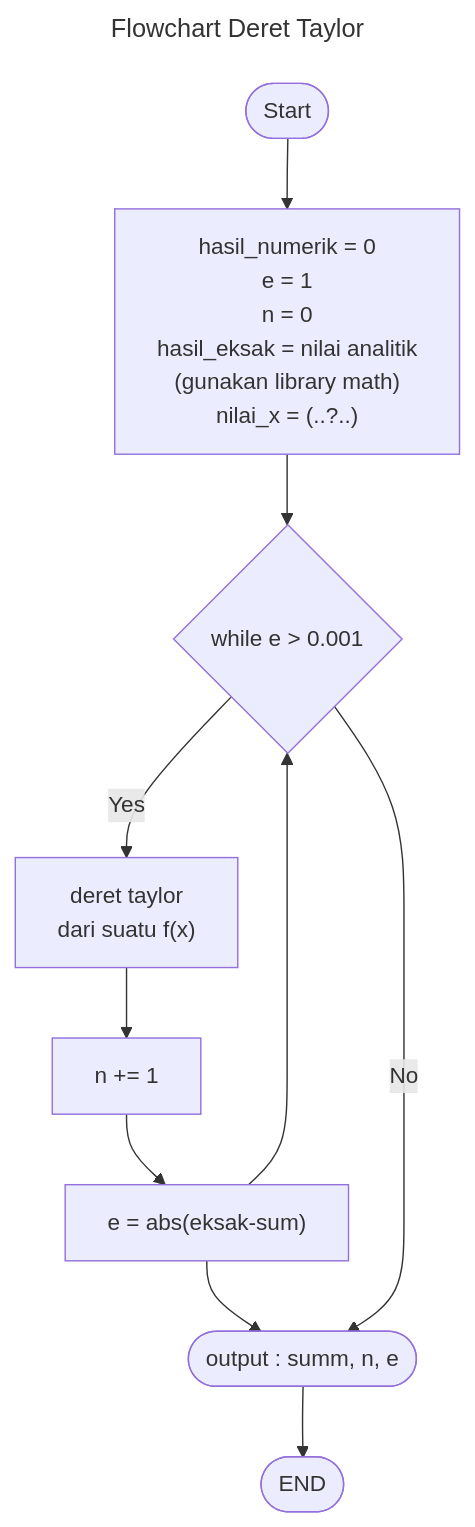
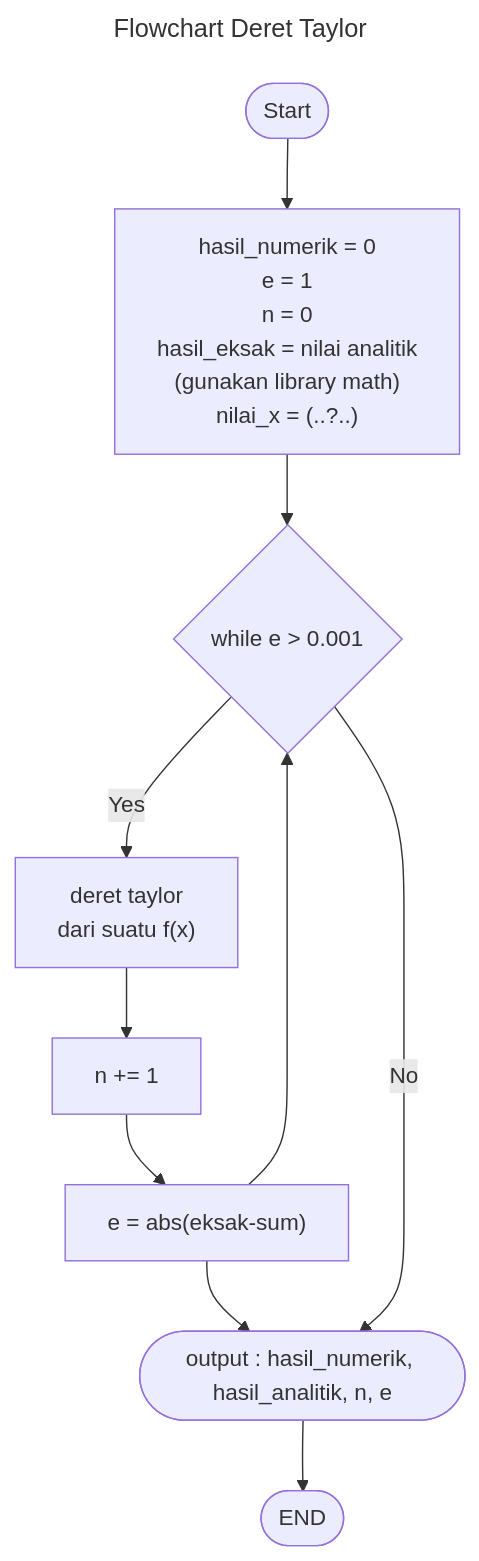
The diagram in Modul-1/Flowchart-Deret-Taylor.md (aslabkomfis/Komputasi-Numerik-24-25), drawn with Mermaid before and after one commit.

````diff
--- a/Modul-1/Flowchart-Deret-Taylor.md
+++ b/Modul-1/Flowchart-Deret-Taylor.md
@@ -1,15 +1,15 @@
 ```mermaid
 ---
 title : Flowchart Deret Taylor 
 ---
 flowchart TD
     A([Start]) --> B["hasil_numerik = 0 <br> e = 1 <br> n = 0 <br> hasil_eksak = nilai analitik <br> (gunakan library math) <br> nilai_x = (..?..)"]
     B --> D{while e > 0.001 }
     D -->|Yes| E["deret taylor <br> dari suatu f(x)"]
     E --> F["n += 1"]
     F --> G["e = abs(eksak-sum)"]
-    G --> H["output : summ, n, e"]
+    G --> H["output : hasil_numerik, hasil_analitik, n, e"]
     G --> D
-    D -->|No| H(["output : summ, n, e"])
+    D -->|No| H(["output : hasil_numerik, hasil_analitik, n, e"])
     H --> Z([END])
 ```
````
